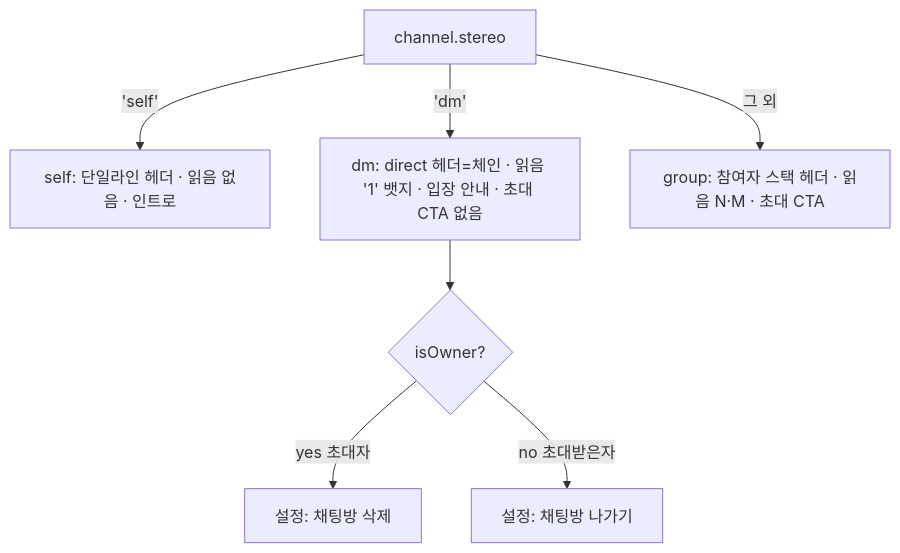
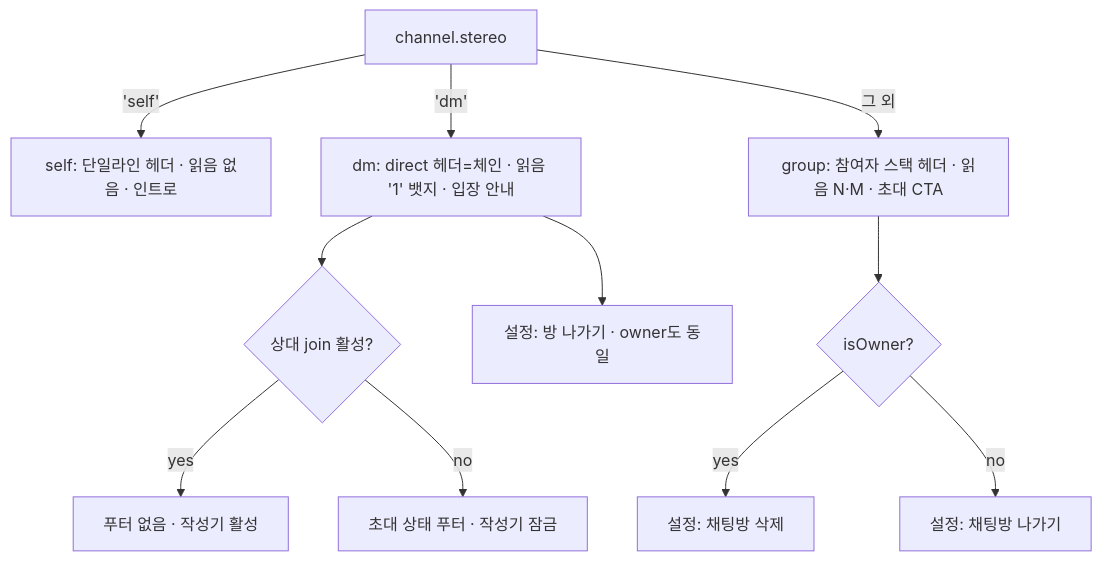
One commit to lemoncloud-io/dou-app changed the first of 6 diagrams in apps/web/docs/feature/channels/dm-chat.md. Above: the diagram before and after it, drawn with Mermaid. The commit also changed other lines of this file and 42 other files, not shown here.

````diff
--- a/apps/web/docs/feature/channels/dm-chat.md
+++ b/apps/web/docs/feature/channels/dm-chat.md
@@ -126,9 +218,13 @@
 ```mermaid
 flowchart TD
     C[channel.stereo] -->|'self'| S[self: 단일라인 헤더 · 읽음 없음 · 인트로]
-    C -->|'dm'| D[dm: direct 헤더=체인 · 읽음 '1' 뱃지 · 입장 안내 · 초대 CTA 없음]
+    C -->|'dm'| D[dm: direct 헤더=체인 · 읽음 '1' 뱃지 · 입장 안내]
     C -->|그 외| G[group: 참여자 스택 헤더 · 읽음 N·M · 초대 CTA]
-    D --> O{isOwner?}
-    O -->|yes 초대자| DEL[설정: 채팅방 삭제]
-    O -->|no 초대받은자| LEA[설정: 채팅방 나가기]
+    D --> P{상대 join 활성?}
+    P -->|yes| ON[푸터 없음 · 작성기 활성]
+    P -->|no| OFF[초대 상태 푸터 · 작성기 잠금]
+    D --> LEA[설정: 방 나가기 · owner도 동일]
+    G --> OWN{isOwner?}
+    OWN -->|yes| GDEL[설정: 채팅방 삭제]
+    OWN -->|no| GLEA[설정: 채팅방 나가기]
 ```
````
